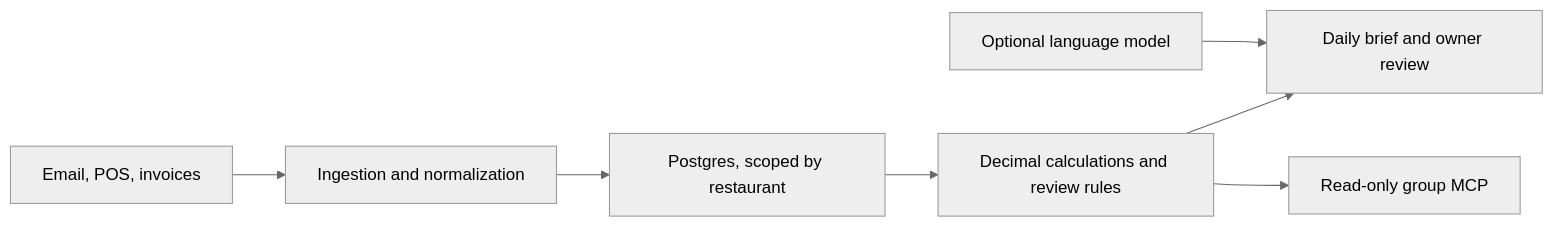
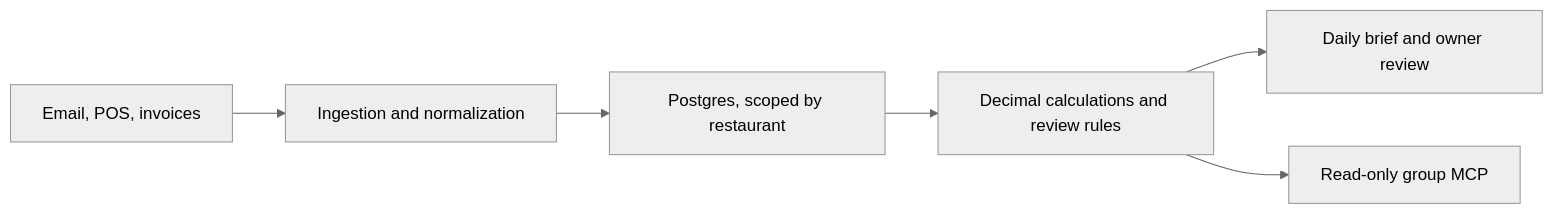
Before and after one commit to cesaremcasa/manager-architecture: the diagram in README.md, drawn with Mermaid (neutral theme). The commit also changed other lines of this file and 2 other files, not shown here.

````diff
--- a/README.md
+++ b/README.md
@@ -9,9 +9,8 @@
 ```mermaid
 flowchart LR
   A[Email, POS, invoices] --> B[Ingestion and normalization]
   B --> C[Postgres, scoped by restaurant]
   C --> D[Decimal calculations and review rules]
   D --> E[Daily brief and owner review]
   D --> F[Read-only group MCP]
-  G[Optional language model] --> E
 ```
````
